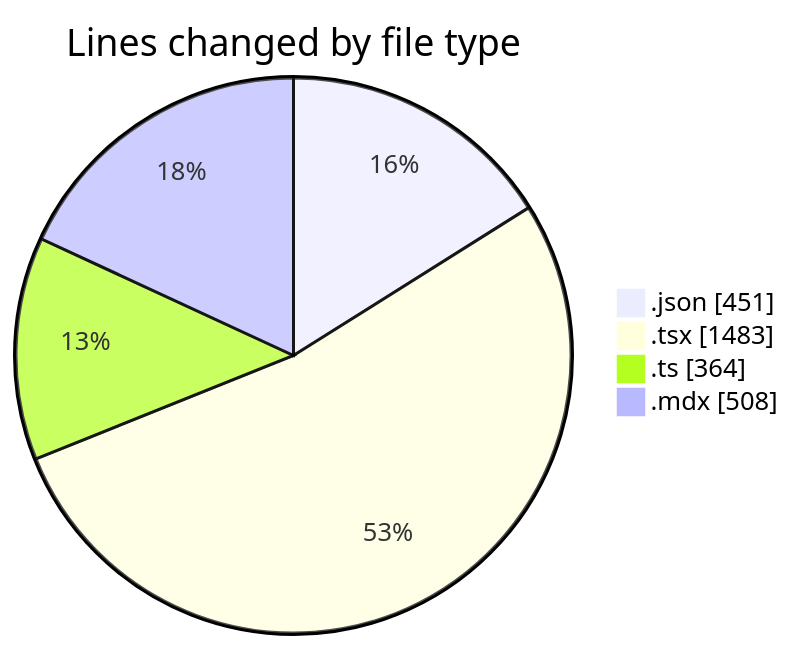
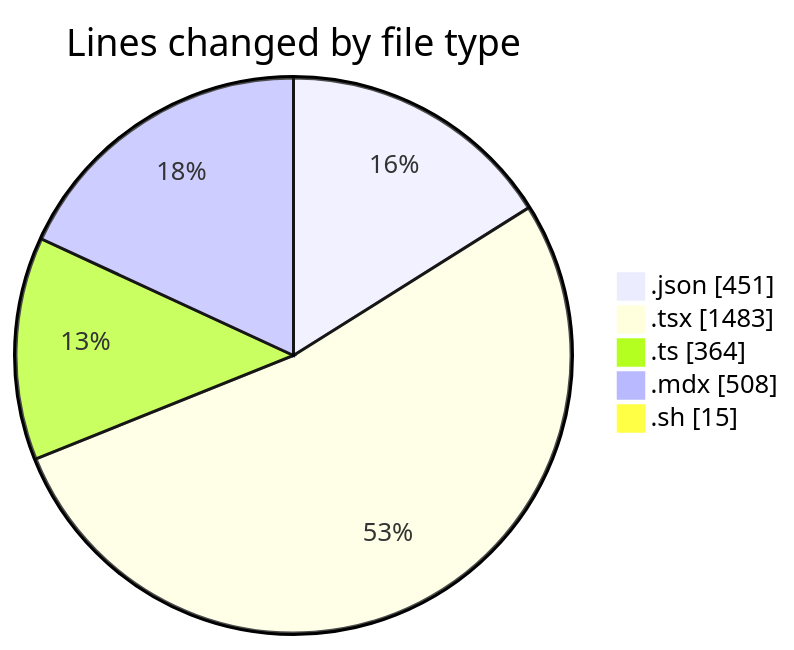
Before and after one commit to Elitesun/code-tracking: the first of 2 diagrams in 2025-05-01/niten/README.md, drawn with Mermaid. The commit also changed other lines of this file and 1 other file, not shown here.

````diff
--- a/2025-05-01/niten/README.md
+++ b/2025-05-01/niten/README.md
@@ -49,8 +50,9 @@
 ```mermaid
 pie showData
 title Lines changed by file type
 ".json" : 451
 ".tsx" : 1483
 ".ts" : 364
 ".mdx" : 508
+".sh" : 15
 ```
````
